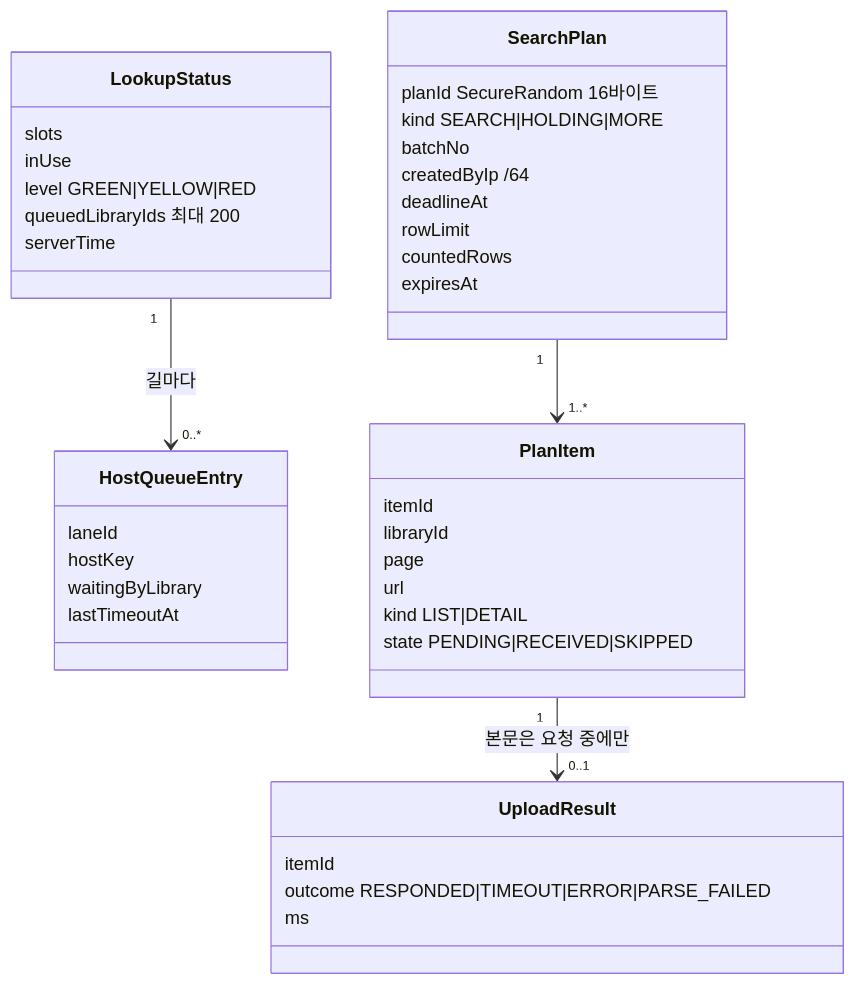
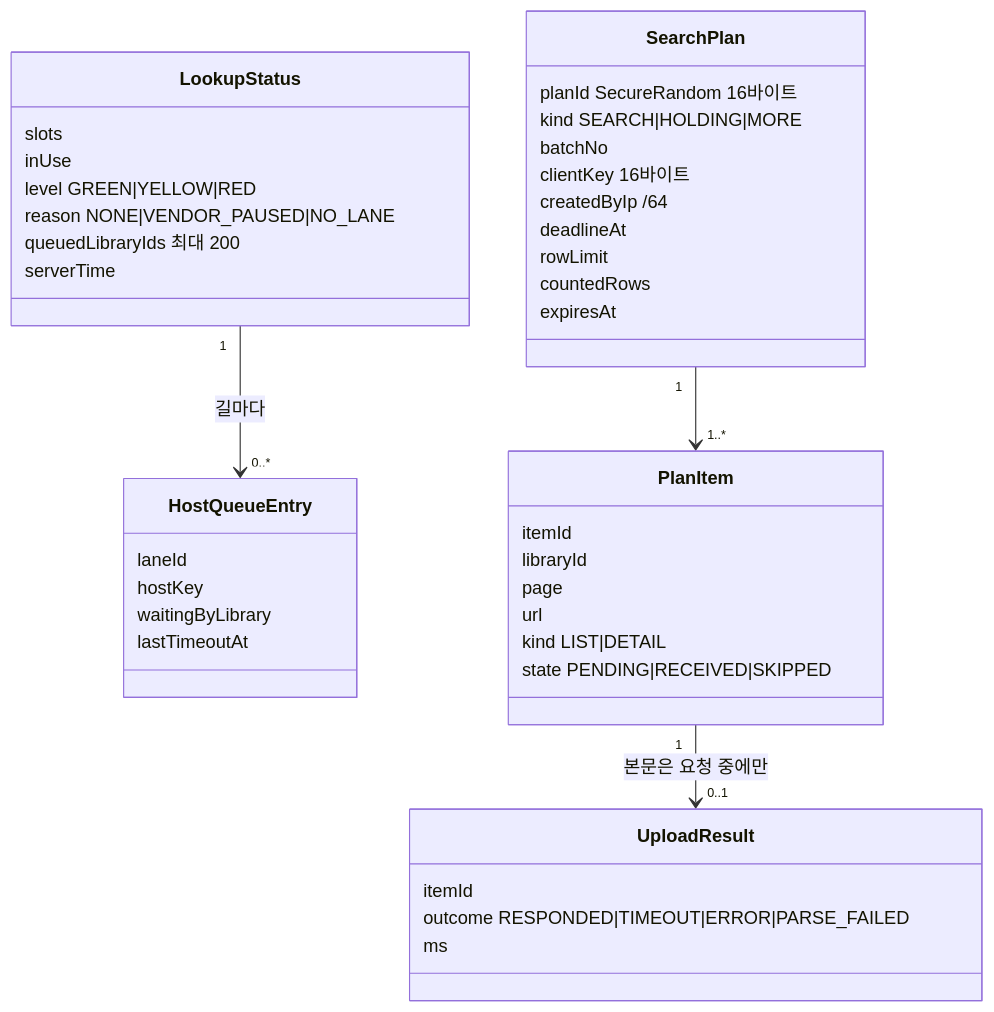
Before and after one commit to hodu-sketch/chaekcheck-plan: the fifth of 6 diagrams in docs/cycles/20-lookup-status-and-extension/design-delta.md, drawn with Mermaid. The commit also changed other lines of this file and 11 other files, not shown here.

````diff
--- a/docs/cycles/20-lookup-status-and-extension/design-delta.md
+++ b/docs/cycles/20-lookup-status-and-extension/design-delta.md
@@ -127,42 +130,44 @@
 ```mermaid
 classDiagram
   class LookupStatus {
     slots
     inUse
     level GREEN|YELLOW|RED
+    reason NONE|VENDOR_PAUSED|NO_LANE
     queuedLibraryIds 최대 200
     serverTime
   }
   class HostQueueEntry {
     laneId
     hostKey
     waitingByLibrary
     lastTimeoutAt
   }
   class SearchPlan {
     planId SecureRandom 16바이트
     kind SEARCH|HOLDING|MORE
     batchNo
+    clientKey 16바이트
     createdByIp /64
     deadlineAt
     rowLimit
     countedRows
     expiresAt
   }
   class PlanItem {
     itemId
     libraryId
     page
     url
     kind LIST|DETAIL
     state PENDING|RECEIVED|SKIPPED
   }
   class UploadResult {
     itemId
     outcome RESPONDED|TIMEOUT|ERROR|PARSE_FAILED
     ms
   }
   LookupStatus "1" --> "0..*" HostQueueEntry : 길마다
   SearchPlan "1" --> "1..*" PlanItem
   PlanItem "1" --> "0..1" UploadResult : 본문은 요청 중에만
 ```
````
